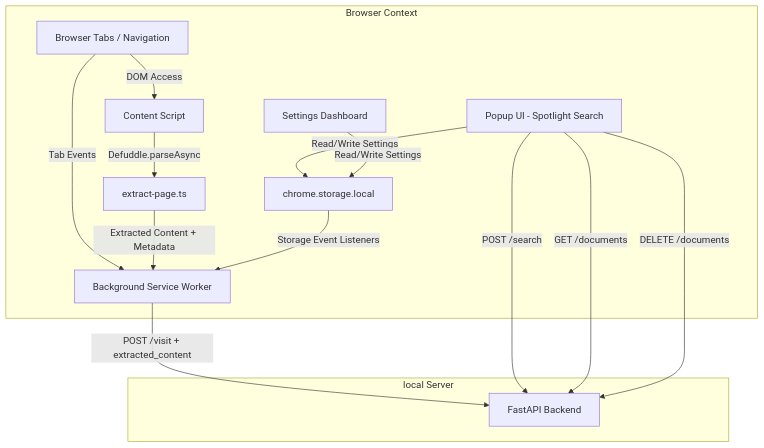
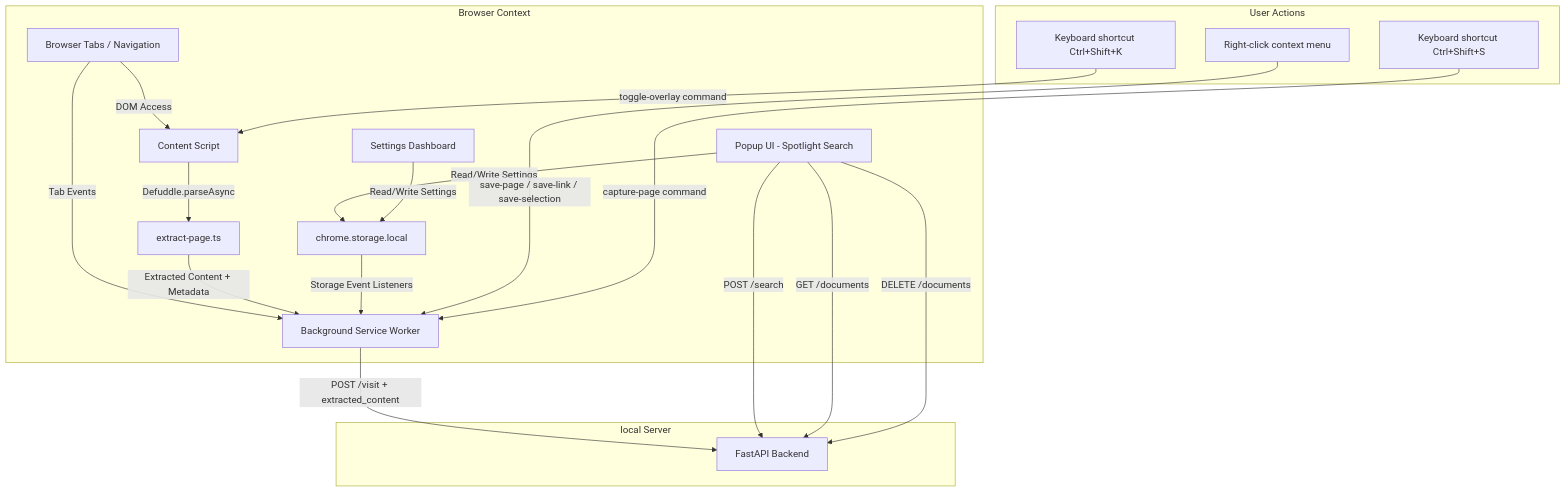
The diagram in extension/docs/Architecture.md (SpreadSheets600/MindCache), drawn with Mermaid before and after one commit. The commit also changed other lines of this file and 3 other files, not shown here.

First line of the commit message:
docs: update architecture, API, dev docs with context menus, constants, and auto-extract details

````diff
--- a/extension/docs/Architecture.md
+++ b/extension/docs/Architecture.md
@@ -7,19 +7,25 @@
 ```mermaid
 graph TD
     subgraph Browser Context
         A[Browser Tabs / Navigation] -->|Tab Events| B[Background Service Worker]
         A -->|DOM Access| G[Content Script]
         G -->|Defuddle.parseAsync| H[extract-page.ts]
         H -->|Extracted Content + Metadata| B
         C[Popup UI - Spotlight Search] -->|Read/Write Settings| D[chrome.storage.local]
         E[Settings Dashboard] -->|Read/Write Settings| D
         D -->|Storage Event Listeners| B
     end
 
+    subgraph User Actions
+        I[Right-click context menu] -->|save-page / save-link / save-selection| B
+        J[Keyboard shortcut Ctrl+Shift+S] -->|capture-page command| B
+        K[Keyboard shortcut Ctrl+Shift+K] -->|toggle-overlay command| G
+    end
+
     subgraph local Server
         B -->|POST /visit + extracted_content| F[FastAPI Backend]
         C -->|POST /search| F
         C -->|GET /documents| F
         C -->|DELETE /documents| F
     end
 ```
````
